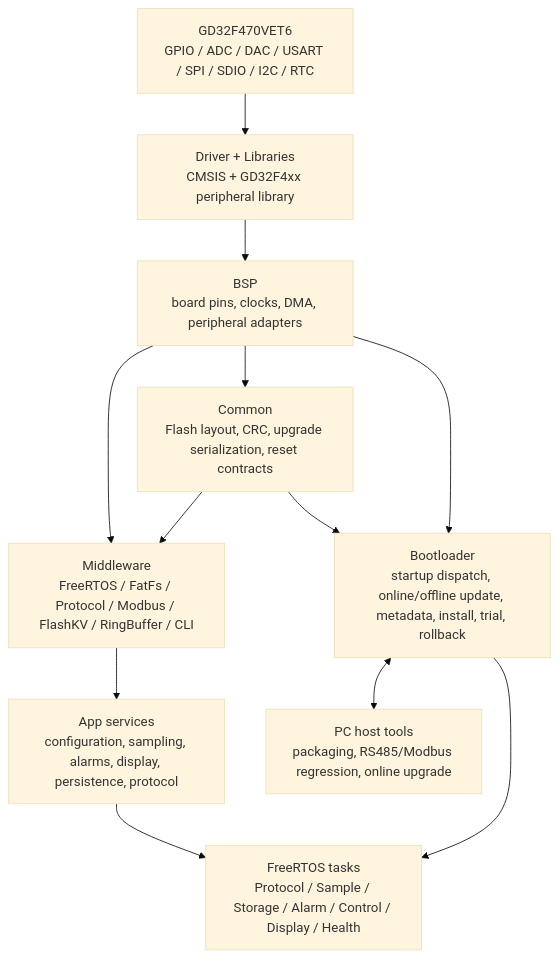
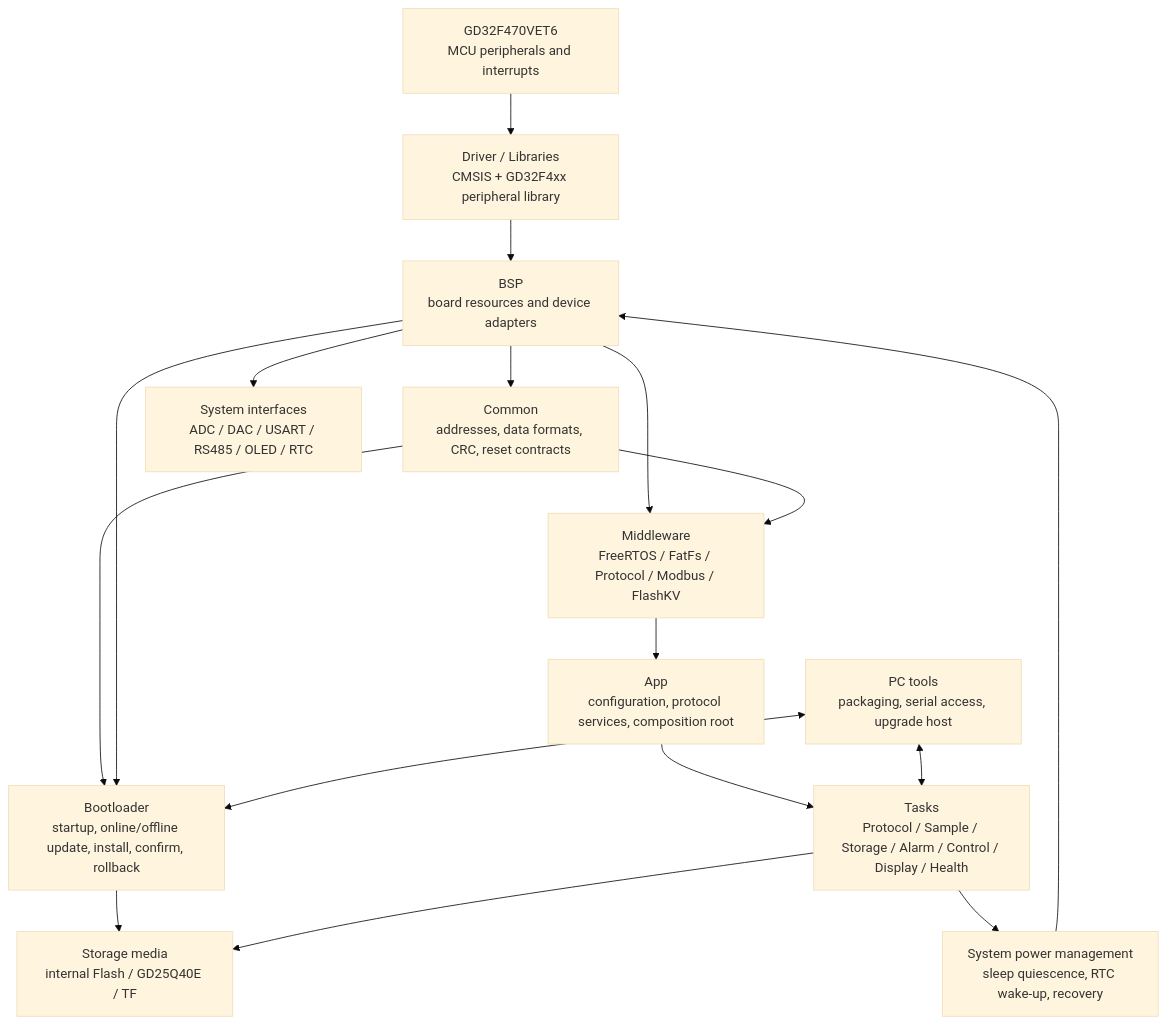
One commit to TheMIrddddddddd/EmbeddedSystem changed the first of 2 diagrams in README_EN.md. Above: the diagram before and after it, drawn with Mermaid (base theme). The commit also changed other lines of this file and 3 other files, not shown here.

```diff
--- a/README_EN.md
+++ b/README_EN.md
@@ -35,22 +25,31 @@
 ~~~mermaid
 flowchart TB
-    HW["GD32F470VET6<br/>GPIO / ADC / DAC / USART / SPI / SDIO / I2C / RTC"]
-    VENDOR["Driver + Libraries<br/>CMSIS + GD32F4xx peripheral library"]
-    BSP["BSP<br/>board pins, clocks, DMA, peripheral adapters"]
-    COMMON["Common<br/>Flash layout, CRC, upgrade serialization, reset contracts"]
-    MW["Middleware<br/>FreeRTOS / FatFs / Protocol / Modbus / FlashKV / RingBuffer / CLI"]
-    SERVICES["App services<br/>configuration, sampling, alarms, display, persistence, protocol"]
-    TASKS["FreeRTOS tasks<br/>Protocol / Sample / Storage / Alarm / Control / Display / Health"]
-    BOOT["Bootloader<br/>startup dispatch, online/offline update, metadata, install, trial, rollback"]
-    HOST["PC host tools<br/>packaging, RS485/Modbus regression, online upgrade"]
+    CHIP["GD32F470VET6<br/>MCU peripherals and interrupts"]
+    VENDOR["Driver / Libraries<br/>CMSIS + GD32F4xx peripheral library"]
+    BSP["BSP<br/>board resources and device adapters"]
+    CONTRACT["Common<br/>addresses, data formats, CRC, reset contracts"]
+    MIDDLEWARE["Middleware<br/>FreeRTOS / FatFs / Protocol / Modbus / FlashKV"]
+    APP["App<br/>configuration, protocol services, composition root"]
+    TASKS["Tasks<br/>Protocol / Sample / Storage / Alarm / Control / Display / Health"]
+    BOOT["Bootloader<br/>startup, online/offline update, install, confirm, rollback"]
+    STORAGE["Storage media<br/>internal Flash / GD25Q40E / TF"]
+    IO["System interfaces<br/>ADC / DAC / USART / RS485 / OLED / RTC"]
+    HOST["PC tools<br/>packaging, serial access, upgrade host"]
+    POWER["System power management<br/>sleep quiescence, RTC wake-up, recovery"]
 
-    HW --> VENDOR --> BSP
-    BSP --> COMMON
-    BSP --> MW
-    COMMON --> MW
-    MW --> SERVICES --> TASKS
-    COMMON --> BOOT
+    CHIP --> VENDOR --> BSP
+    BSP --> IO
+    BSP --> CONTRACT
+    BSP --> MIDDLEWARE
+    CONTRACT --> MIDDLEWARE
+    MIDDLEWARE --> APP
+    APP --> TASKS
+    CONTRACT --> BOOT
     BSP --> BOOT
-    BOOT <--> HOST
-    BOOT --> TASKS
+    BOOT --> STORAGE
+    TASKS --> STORAGE
+    TASKS --> POWER
+    POWER --> BSP
+    HOST <--> BOOT
+    HOST <--> TASKS
 ~~~
```
